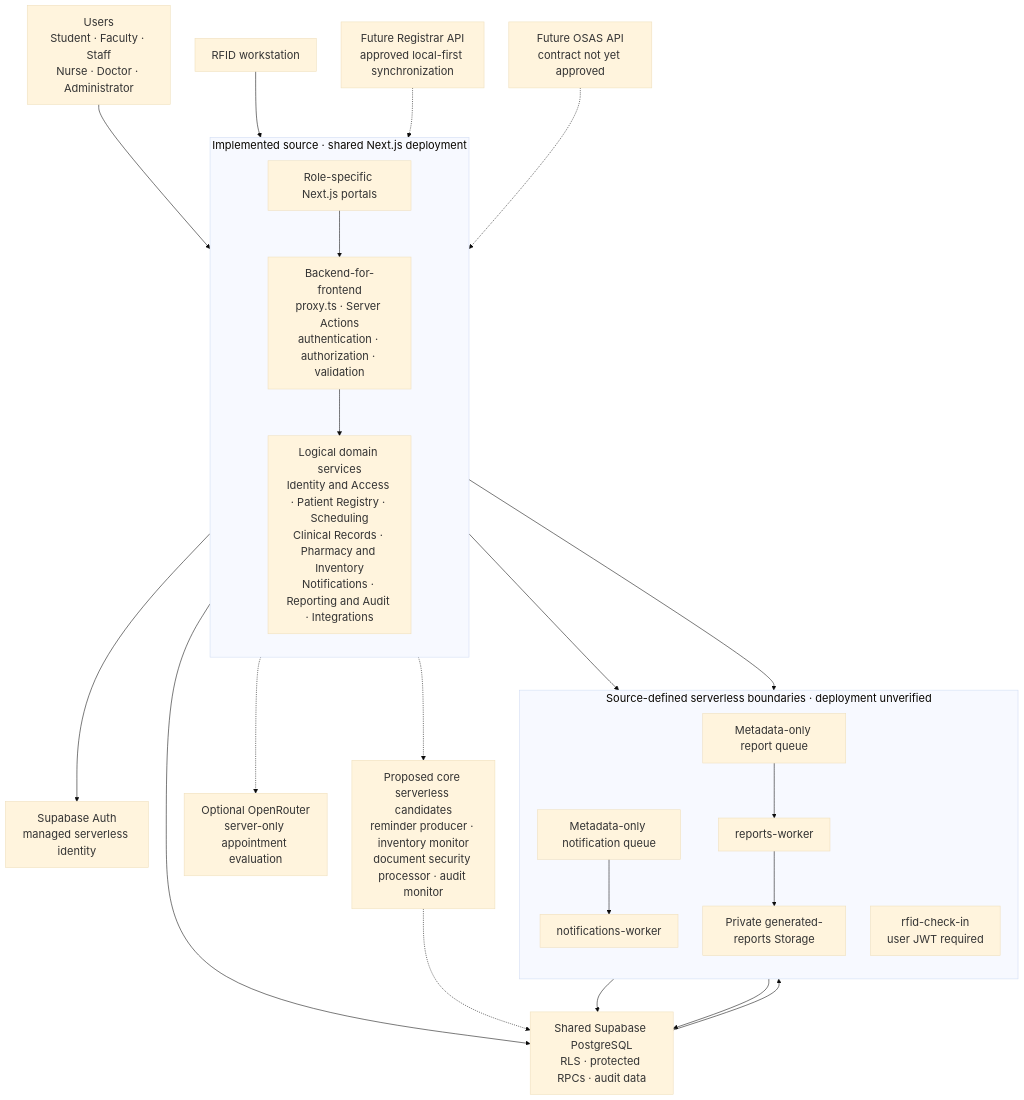
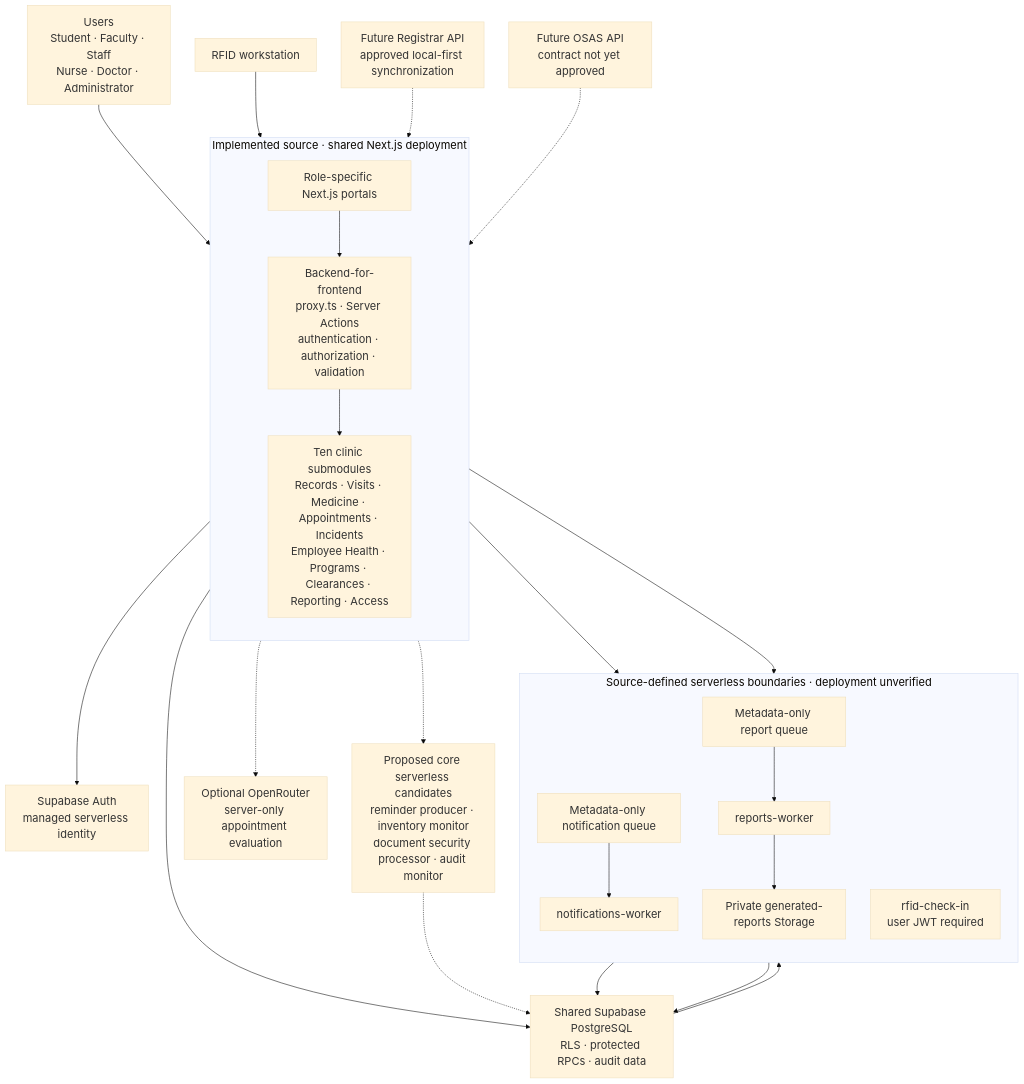
One commit to Tokise/Zentraq-backend changed the diagram in docs/SERVERLESS_MICROSERVICES_MIGRATION.md. Above: the diagram before and after it, drawn with Mermaid. The commit also changed other lines of this file and 4 other files, not shown here.

````diff
--- a/docs/SERVERLESS_MICROSERVICES_MIGRATION.md
+++ b/docs/SERVERLESS_MICROSERVICES_MIGRATION.md
@@ -59,57 +69,57 @@
 ```mermaid
 ---
 config:
   theme: base
   themeVariables:
     fontSize: "20px"
   flowchart:
     nodeSpacing: 45
     rankSpacing: 60
 ---
 flowchart TB
     Users["Users<br/>Student · Faculty · Staff<br/>Nurse · Doctor · Administrator"]
     Scanner["RFID workstation"]
 
     subgraph Application["Implemented source · shared Next.js deployment"]
         direction TB
         Portals["Role-specific Next.js portals"]
         Boundary["Backend-for-frontend<br/>proxy.ts · Server Actions<br/>authentication · authorization · validation"]
-        Domains["Logical domain services<br/>Identity and Access · Patient Registry · Scheduling<br/>Clinical Records · Pharmacy and Inventory<br/>Notifications · Reporting and Audit · Integrations"]
-        Portals --> Boundary --> Domains
+        Modules["Ten clinic submodules<br/>Records · Visits · Medicine · Appointments · Incidents<br/>Employee Health · Programs · Clearances · Reporting · Access"]
+        Portals --> Boundary --> Modules
     end
 
     Auth["Supabase Auth<br/>managed serverless identity"]
     Database["Shared Supabase PostgreSQL<br/>RLS · protected RPCs · audit data"]
 
     subgraph Focused["Source-defined serverless boundaries · deployment unverified"]
         direction TB
         NotificationQueue["Metadata-only notification queue"]
         NotificationWorker["notifications-worker"]
         ReportQueue["Metadata-only report queue"]
         ReportWorker["reports-worker"]
         ReportStorage["Private generated-reports Storage"]
         RfidWorker["rfid-check-in<br/>user JWT required"]
 
         NotificationQueue --> NotificationWorker
         ReportQueue --> ReportWorker --> ReportStorage
     end
 
     OpenRouter["Optional OpenRouter<br/>server-only appointment evaluation"]
     Candidates["Proposed core serverless candidates<br/>reminder producer · inventory monitor<br/>document security processor · audit monitor"]
     Registrar["Future Registrar API<br/>approved local-first synchronization"]
     OSAS["Future OSAS API<br/>contract not yet approved"]
 
     Users --> Portals
     Scanner --> Boundary
     Boundary --> Auth
-    Domains --> Database
+    Modules --> Database
     Database --> NotificationQueue
     NotificationWorker --> Database
-    Domains --> ReportQueue
+    Modules --> ReportQueue
     Boundary --> RfidWorker --> Database
-    Domains -.-> OpenRouter
-    Domains -.-> Candidates
+    Modules -.-> OpenRouter
+    Modules -.-> Candidates
     Candidates -.-> Database
-    Registrar -.-> Domains
-    OSAS -.-> Domains
+    Registrar -.-> Modules
+    OSAS -.-> Modules
 ```
````
